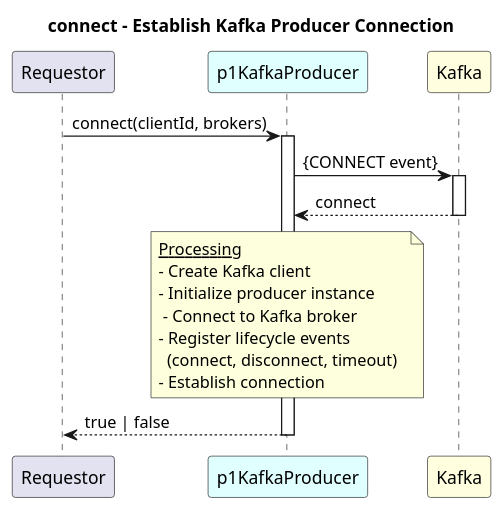
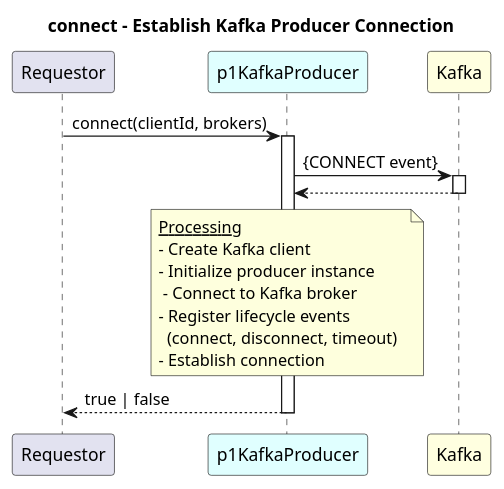
The diagram in spec/genericFunctions/applicationPattern/KafkaProducerService/diagrams/connect.plantuml (openBackhaul/ApplicationPattern), drawn with PlantUML before and after one commit. The commit also changed 17 other files, not shown here.

Commit message:
minor updates in diagrams

```diff
--- a/spec/genericFunctions/applicationPattern/KafkaProducerService/diagrams/connect.plantuml
+++ b/spec/genericFunctions/applicationPattern/KafkaProducerService/diagrams/connect.plantuml
@@ -1,35 +1,35 @@
 @startuml producerConnect
 skinparam responseMessageBelowArrow true
 
 title
 connect – Establish Kafka Producer Connection
 end title
 
 
 participant "Requestor" as requestor
 participant "p1KafkaProducer" as connect #LightCyan
 participant "Kafka" as kafka #LightYellow
 
 requestor -> connect: connect(clientId, brokers)
 activate connect
 
 connect -> kafka: {CONNECT event} 
 activate kafka
 
-kafka --> connect: connect
+kafka --> connect
 deactivate kafka
 
 note over connect
   <u>Processing</u>
   - Create Kafka client  
   - Initialize producer instance   
    - Connect to Kafka broker 
   - Register lifecycle events  
     (connect, disconnect, timeout)  
   - Establish connection  
 end note
 
 connect --> requestor: true | false
 deactivate connect
 
 @enduml
```
